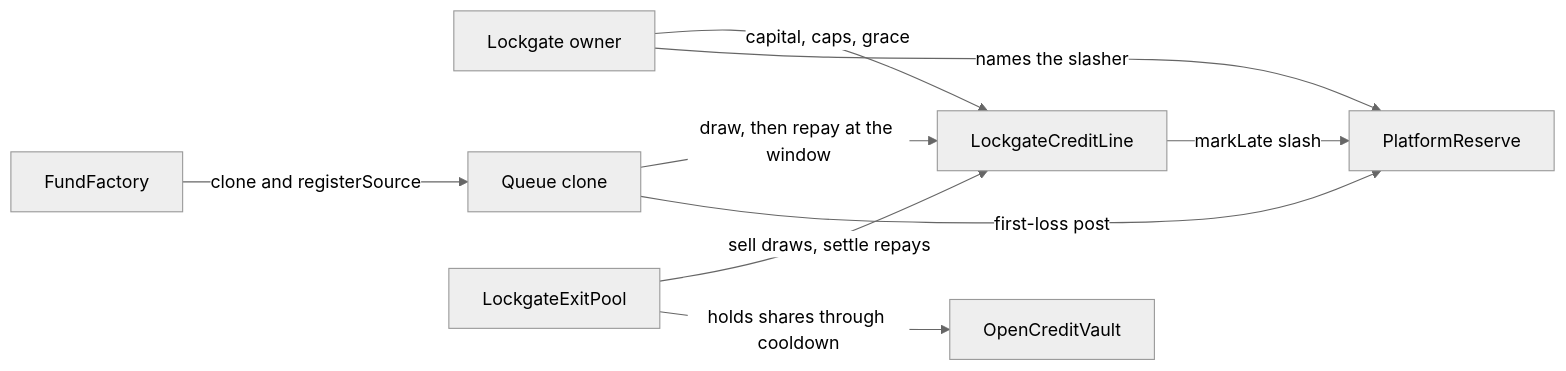
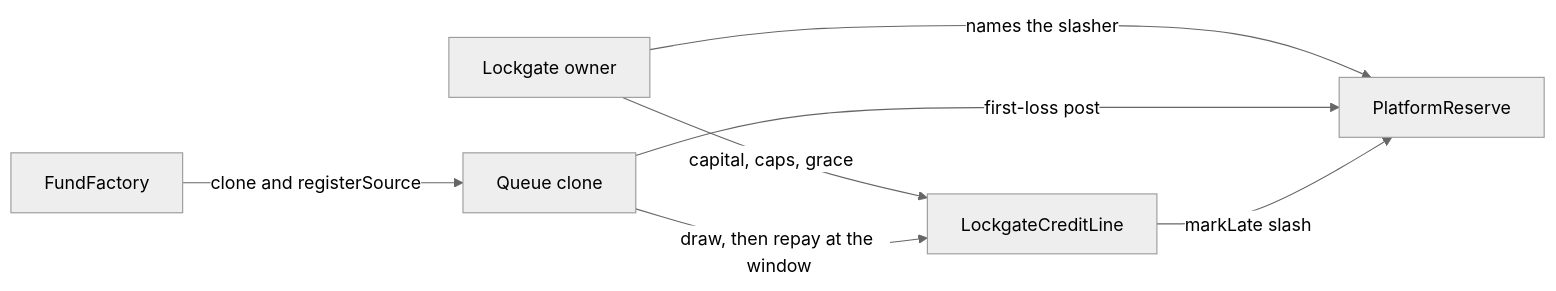
Before and after one commit to gabrielantonyxaviour/lockgate-open-house: the first of 3 diagrams in contracts/README.md, drawn with Mermaid (neutral theme). The commit also changed other lines of this file and 24 other files, not shown here.

````diff
--- a/contracts/README.md
+++ b/contracts/README.md
@@ -286,18 +286,14 @@
 ```mermaid
 flowchart LR
     owner[Lockgate owner]
     line[LockgateCreditLine]
     reserve[PlatformReserve]
     factory[FundFactory]
     platform[Queue clone]
-    pool[LockgateExitPool]
-    vault[OpenCreditVault]
     owner -->|capital, caps, grace| line
     owner -->|names the slasher| reserve
     factory -->|clone and registerSource| platform
     platform -->|draw, then repay at the window| line
     platform -->|first-loss post| reserve
     line -->|markLate slash| reserve
-    pool -->|sell draws, settle repays| line
-    pool -->|holds shares through cooldown| vault
 ```
````
